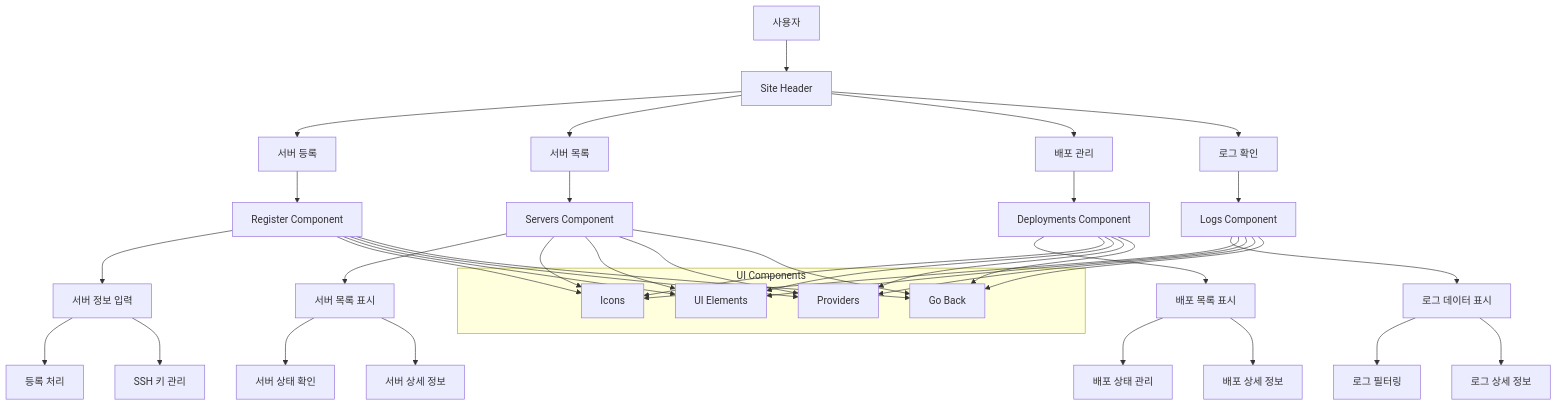
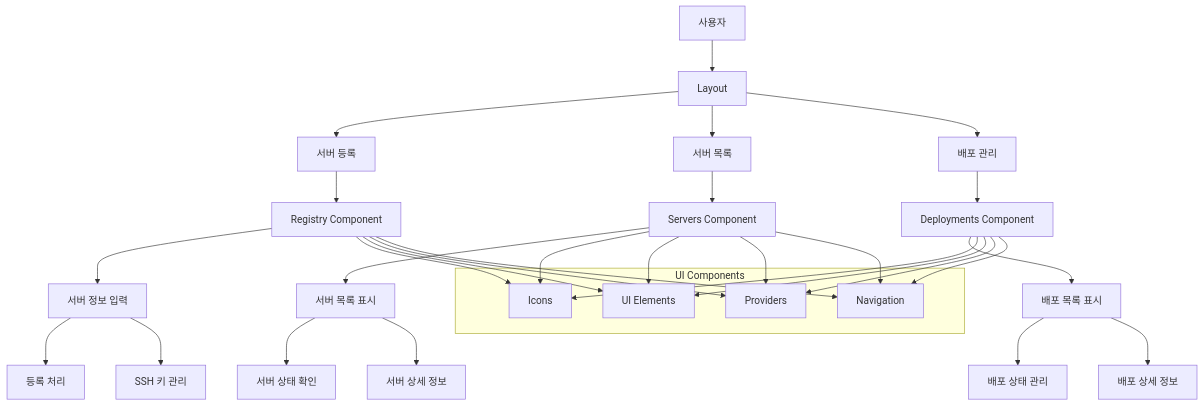
Before and after one commit to JHSeo-git/mcp-registry: the diagram in docs/component-diagram.md, drawn with Mermaid. The commit also changed other lines of this file and 8 other files, not shown here.

````diff
--- a/docs/component-diagram.md
+++ b/docs/component-diagram.md
@@ -1,53 +1,43 @@
 ```mermaid
 graph TD
-    A[사용자] --> B[Site Header]
+    A[사용자] --> B[Layout]
     B --> C[서버 등록]
     B --> D[서버 목록]
     B --> E[배포 관리]
-    B --> F[로그 확인]
 
-    C --> G[Register Component]
+    C --> G[Registry Component]
     D --> H[Servers Component]
     E --> I[Deployments Component]
-    F --> J[Logs Component]
 
     G --> K[서버 정보 입력]
     K --> L[등록 처리]
     K --> M[SSH 키 관리]
 
     H --> N[서버 목록 표시]
     N --> O[서버 상태 확인]
     N --> P[서버 상세 정보]
 
     I --> Q[배포 목록 표시]
     Q --> R[배포 상태 관리]
     Q --> S[배포 상세 정보]
 
-    J --> T[로그 데이터 표시]
-    T --> U[로그 필터링]
-    T --> V[로그 상세 정보]
-
     subgraph UI Components
         W[Icons]
         X[UI Elements]
         Y[Providers]
-        Z[Go Back]
+        Z[Navigation]
     end
 
     G --> W
     H --> W
     I --> W
-    J --> W
     G --> X
     H --> X
     I --> X
-    J --> X
     G --> Y
     H --> Y
     I --> Y
-    J --> Y
     G --> Z
     H --> Z
     I --> Z
-    J --> Z
 ```
````
